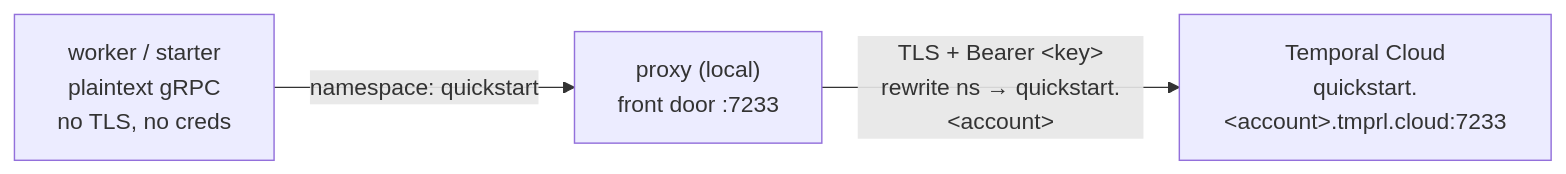
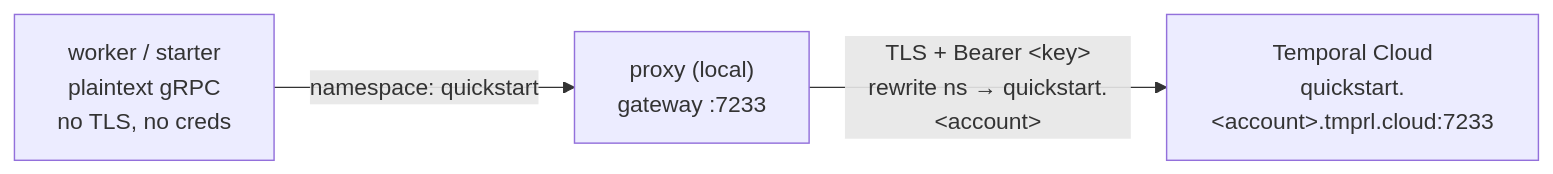
One commit to temporalio/temporal-proxy changed the diagram in examples/cloud/README.md. Above: the diagram before and after it, drawn with Mermaid. The commit also changed other lines of this file and 3 other files, not shown here.

````diff
--- a/examples/cloud/README.md
+++ b/examples/cloud/README.md
@@ -7,9 +7,9 @@
 ```mermaid
 flowchart LR
     client["worker / starter<br/>plaintext gRPC<br/>no TLS, no creds"]
-    proxy["proxy (local)<br/>front door :7233"]
+    proxy["proxy (local)<br/>gateway :7233"]
     cloud["Temporal Cloud<br/>quickstart.&lt;account&gt;.tmprl.cloud:7233"]
 
     client -->|"namespace: quickstart"| proxy
     proxy -->|"TLS + Bearer &lt;key&gt;<br/>rewrite ns → quickstart.&lt;account&gt;"| cloud
 ```
````
